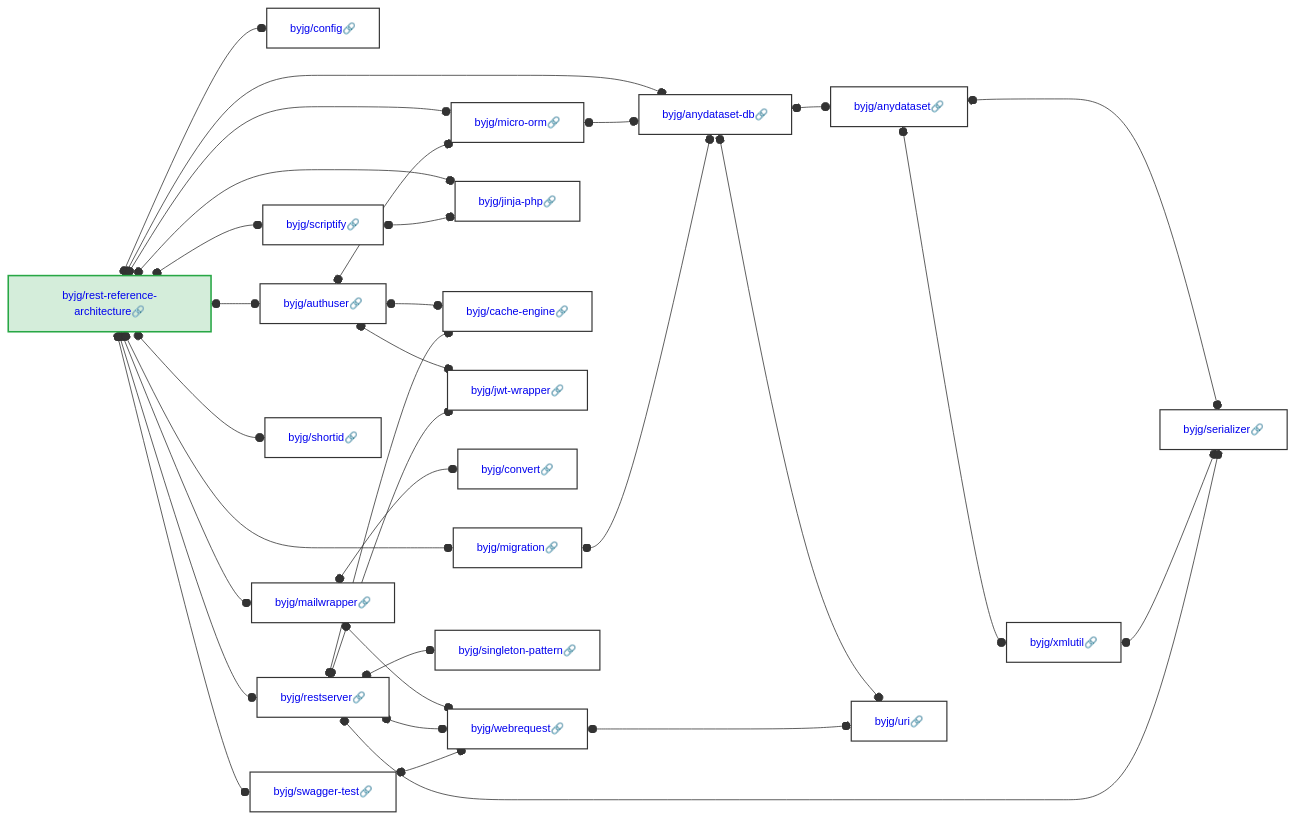
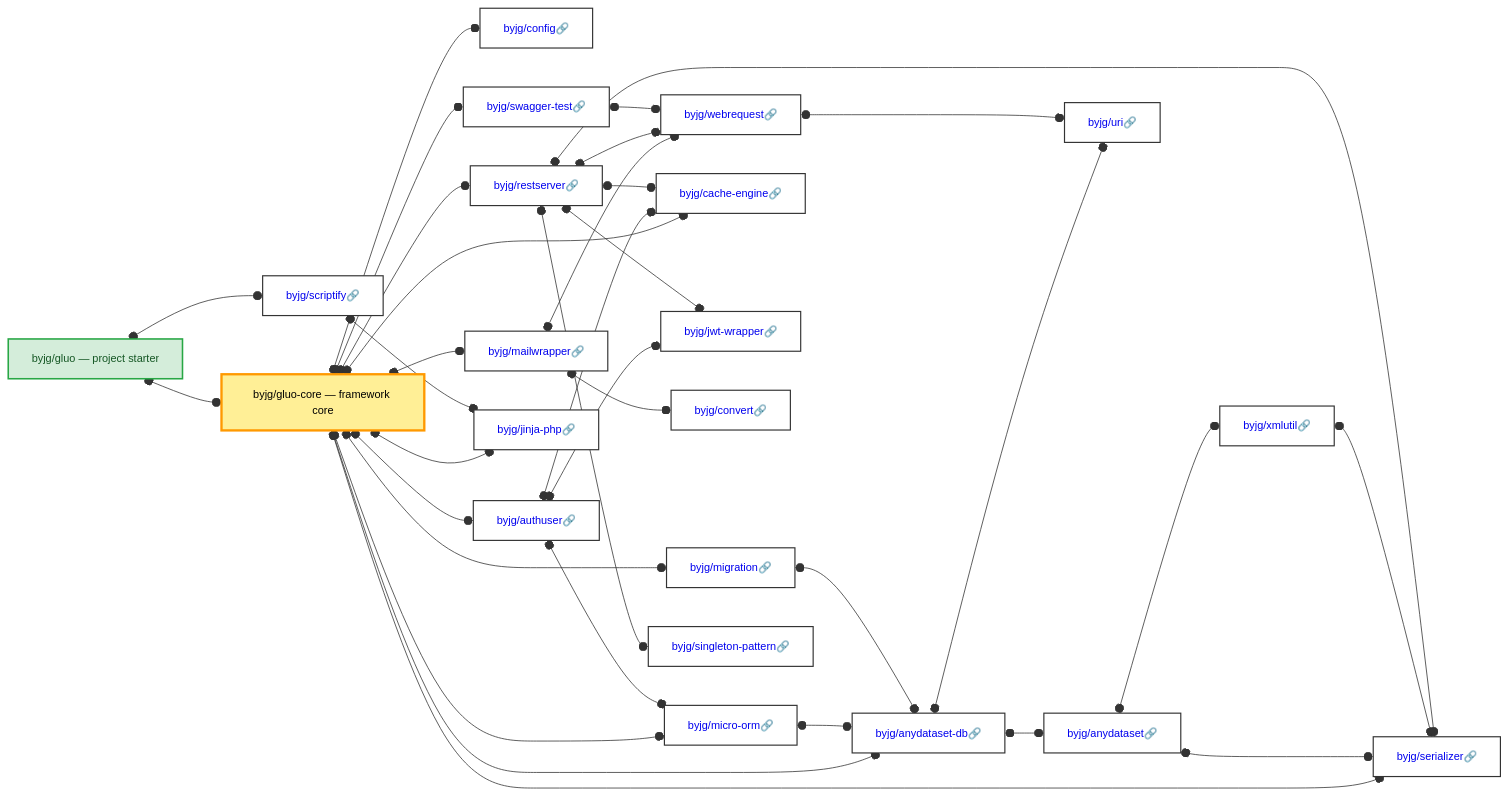
Before and after one commit to byjg/php-rest-reference-architecture: the diagram in docs/reference/components.md, drawn with Mermaid. The commit also changed other lines of this file, not shown here.

Commit message:
Update components diagram and description for the Gluo layout
byjg/gluo (starter, green) depends only on byjg/gluo-core and
byjg/scriptify; byjg/gluo-core (yellow) binds the byjg components.
Removed byjg/shortid (no longer a dependency); dependency lists now
match the actual composer.json of both packages.

````diff
--- a/docs/reference/components.md
+++ b/docs/reference/components.md
@@ -9,73 +18,77 @@
 ```mermaid
 graph LR;
-  byjg/rest-reference-architecture[<a href='https://opensource.byjg.com/docs/php/rest-reference-architecture' style='text-decoration:none'>byjg/rest-reference-architecture🔗</a>];
+  byjg/gluo[byjg/gluo — project starter];
+  byjg/gluo-core[byjg/gluo-core — framework core];
+  byjg/scriptify[<a href='https://opensource.byjg.com/docs/php/scriptify' style='text-decoration:none'>byjg/scriptify🔗</a>];
   byjg/config[<a href='https://opensource.byjg.com/docs/php/config' style='text-decoration:none'>byjg/config🔗</a>];
   byjg/anydataset-db[<a href='https://opensource.byjg.com/docs/php/anydataset-db' style='text-decoration:none'>byjg/anydataset-db🔗</a>];
   byjg/micro-orm[<a href='https://opensource.byjg.com/docs/php/micro-orm' style='text-decoration:none'>byjg/micro-orm🔗</a>];
   byjg/authuser[<a href='https://opensource.byjg.com/docs/php/authuser' style='text-decoration:none'>byjg/authuser🔗</a>];
   byjg/mailwrapper[<a href='https://opensource.byjg.com/docs/php/mailwrapper' style='text-decoration:none'>byjg/mailwrapper🔗</a>];
   byjg/restserver[<a href='https://opensource.byjg.com/docs/php/restserver' style='text-decoration:none'>byjg/restserver🔗</a>];
   byjg/swagger-test[<a href='https://opensource.byjg.com/docs/php/swagger-test' style='text-decoration:none'>byjg/swagger-test🔗</a>];
   byjg/migration[<a href='https://opensource.byjg.com/docs/php/migration' style='text-decoration:none'>byjg/migration🔗</a>];
-  byjg/scriptify[<a href='https://opensource.byjg.com/docs/php/scriptify' style='text-decoration:none'>byjg/scriptify🔗</a>];
-  byjg/shortid[<a href='https://opensource.byjg.com/docs/php/shortid' style='text-decoration:none'>byjg/shortid🔗</a>];
   byjg/jinja-php[<a href='https://opensource.byjg.com/docs/php/jinja-php' style='text-decoration:none'>byjg/jinja-php🔗</a>];
+  byjg/cache-engine[<a href='https://opensource.byjg.com/docs/php/cache-engine' style='text-decoration:none'>byjg/cache-engine🔗</a>];
+  byjg/serializer[<a href='https://opensource.byjg.com/docs/php/serializer' style='text-decoration:none'>byjg/serializer🔗</a>];
   byjg/anydataset[<a href='https://opensource.byjg.com/docs/php/anydataset' style='text-decoration:none'>byjg/anydataset🔗</a>];
-  byjg/serializer[<a href='https://opensource.byjg.com/docs/php/serializer' style='text-decoration:none'>byjg/serializer🔗</a>];
   byjg/xmlutil[<a href='https://opensource.byjg.com/docs/php/xmlutil' style='text-decoration:none'>byjg/xmlutil🔗</a>];
   byjg/uri[<a href='https://opensource.byjg.com/docs/php/uri' style='text-decoration:none'>byjg/uri🔗</a>];
-  byjg/cache-engine[<a href='https://opensource.byjg.com/docs/php/cache-engine' style='text-decoration:none'>byjg/cache-engine🔗</a>];
   byjg/jwt-wrapper[<a href='https://opensource.byjg.com/docs/php/jwt-wrapper' style='text-decoration:none'>byjg/jwt-wrapper🔗</a>];
   byjg/convert[<a href='https://opensource.byjg.com/docs/php/convert' style='text-decoration:none'>byjg/convert🔗</a>];
   byjg/webrequest[<a href='https://opensource.byjg.com/docs/php/webrequest' style='text-decoration:none'>byjg/webrequest🔗</a>];
   byjg/singleton-pattern[<a href='https://opensource.byjg.com/docs/php/singleton-pattern' style='text-decoration:none'>byjg/singleton-pattern🔗</a>];
 
-  byjg/rest-reference-architecture o--o byjg/config;
-  byjg/rest-reference-architecture o--o byjg/anydataset-db;
-  byjg/rest-reference-architecture o--o byjg/micro-orm;
-  byjg/rest-reference-architecture o--o byjg/authuser;
-  byjg/rest-reference-architecture o--o byjg/mailwrapper;
-  byjg/rest-reference-architecture o--o byjg/restserver;
-  byjg/rest-reference-architecture o--o byjg/swagger-test;
-  byjg/rest-reference-architecture o--o byjg/migration;
-  byjg/rest-reference-architecture o--o byjg/scriptify;
-  byjg/rest-reference-architecture o--o byjg/shortid;
-  byjg/rest-reference-architecture o--o byjg/jinja-php;
+  byjg/gluo o--o byjg/gluo-core;
+  byjg/gluo o--o byjg/scriptify;
+
+  byjg/gluo-core o--o byjg/config;
+  byjg/gluo-core o--o byjg/anydataset-db;
+  byjg/gluo-core o--o byjg/micro-orm;
+  byjg/gluo-core o--o byjg/authuser;
+  byjg/gluo-core o--o byjg/mailwrapper;
+  byjg/gluo-core o--o byjg/restserver;
+  byjg/gluo-core o--o byjg/swagger-test;
+  byjg/gluo-core o--o byjg/migration;
+  byjg/gluo-core o--o byjg/jinja-php;
+  byjg/gluo-core o--o byjg/cache-engine;
+  byjg/gluo-core o--o byjg/serializer;
 
   byjg/anydataset-db o--o byjg/anydataset;
   byjg/anydataset-db o--o byjg/uri;
 
   byjg/anydataset o--o byjg/serializer;
   byjg/anydataset o--o byjg/xmlutil;
 
   byjg/xmlutil o--o byjg/serializer;
 
   byjg/micro-orm o--o byjg/anydataset-db;
 
   byjg/authuser o--o byjg/cache-engine;
   byjg/authuser o--o byjg/jwt-wrapper;
   byjg/authuser o--o byjg/micro-orm;
 
   byjg/mailwrapper o--o byjg/convert;
   byjg/mailwrapper o--o byjg/webrequest;
 
   byjg/webrequest o--o byjg/uri;
 
   byjg/restserver o--o byjg/cache-engine;
   byjg/restserver o--o byjg/jwt-wrapper;
   byjg/restserver o--o byjg/serializer;
   byjg/restserver o--o byjg/singleton-pattern;
   byjg/restserver o--o byjg/webrequest;
 
   byjg/swagger-test o--o byjg/webrequest;
 
   byjg/migration o--o byjg/anydataset-db;
 
   byjg/scriptify o--o byjg/jinja-php;
 
   classDef default fill:#ffffff,stroke:#333,stroke-width:1.5px,color:#000,font-size:14px;
   classDef highlight fill:#ffef96,stroke:#ff9900,stroke-width:3px;
   classDef main fill:#d4edda,stroke:#28a745,stroke-width:2px,color:#155724;
 
-  class byjg/rest-reference-architecture main;
+  class byjg/gluo main;
+  class byjg/gluo-core highlight;
 ```
````
